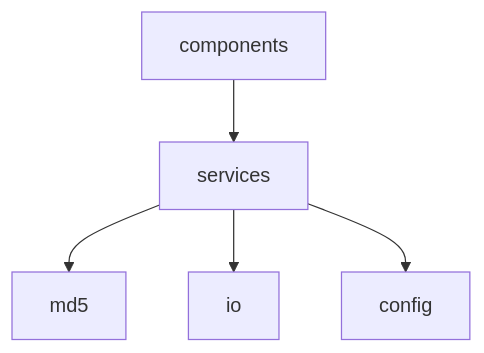
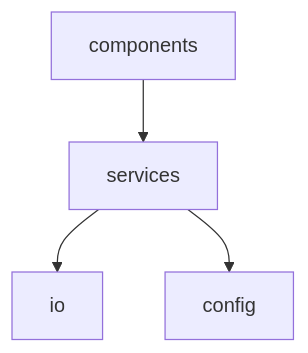
Before and after one commit to mattriley/node-module-composer: the fifth of 6 diagrams in README.md, drawn with Mermaid. The commit also changed other lines of this file and 3 other files, not shown here.

````diff
--- a/README.md
+++ b/README.md
@@ -414,7 +414,6 @@
 ```mermaid
 graph TD;
     components-->services;
-    services-->md5;
     services-->io;
     services-->config;
 ```
````
